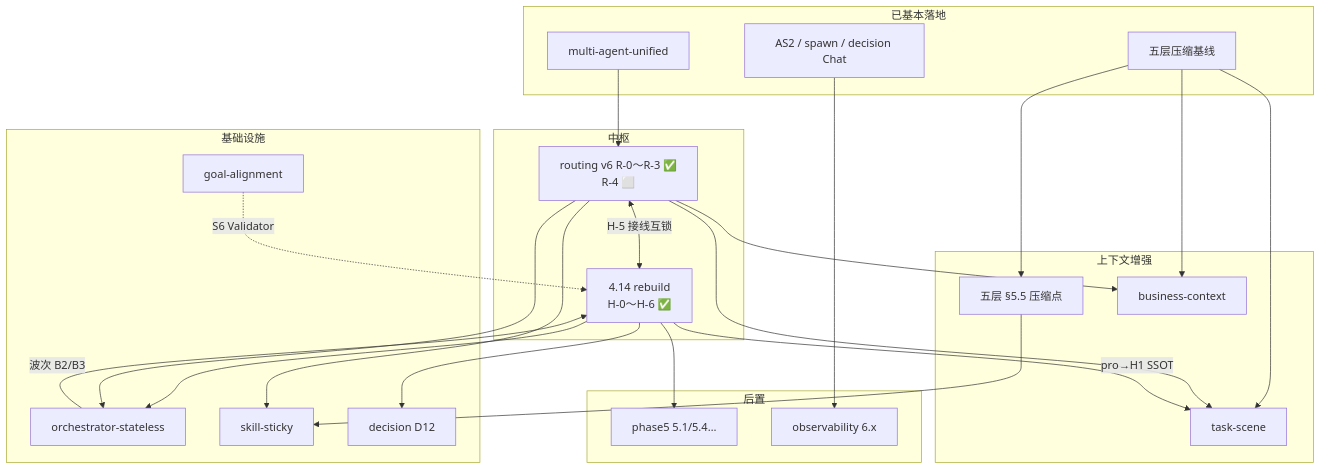
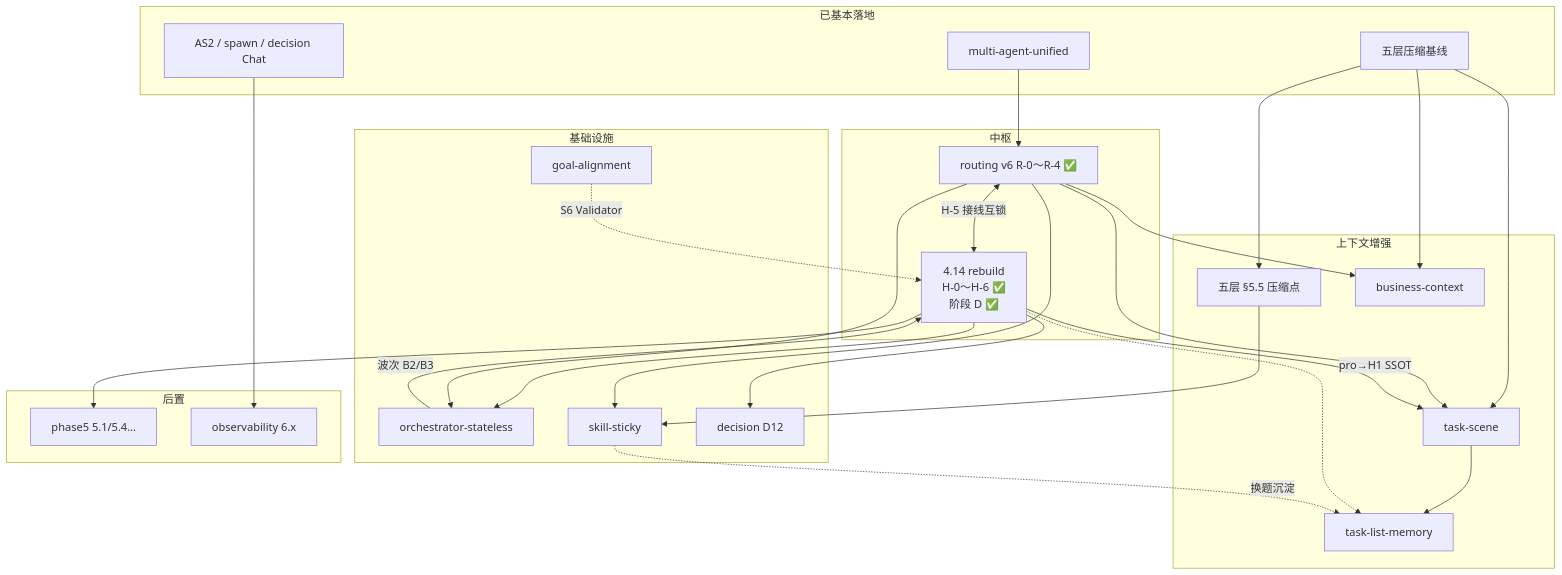
Before and after one commit to searchforsun/my-sunshine-agent: the diagram in docs/superpowers/specs/README.md, drawn with Mermaid. The commit also changed other lines of this file and 109 other files, not shown here.

````diff
--- a/docs/superpowers/specs/README.md
+++ b/docs/superpowers/specs/README.md
@@ -80,49 +80,53 @@
 ```mermaid
 flowchart TB
   subgraph done [已基本落地]
     MA[multi-agent-unified]
     CTX_BASE[五层压缩基线]
     AS2[AS2 / spawn / decision Chat]
   end
 
   subgraph hub [中枢]
-    R[routing v6 R-0～R-3 ✅<br/>R-4 ⬜]
-    PE[4.14 rebuild<br/>H-0～H-6 ✅]
+    R[routing v6 R-0～R-4 ✅]
+    PE[4.14 rebuild<br/>H-0～H-6 ✅<br/>阶段 D ✅]
   end
 
   subgraph ctx [上下文增强]
     CP[五层 §5.5 压缩点]
     TS[task-scene]
     BIZ[business-context]
+    TL[task-list-memory]
   end
 
   subgraph infra [基础设施]
     ST[orchestrator-stateless]
     GA[goal-alignment]
     SK[skill-sticky]
     D12[decision D12]
   end
 
   subgraph later [后置]
     P5[phase5 5.1/5.4…]
     OBS[observability 6.x]
   end
 
   MA --> R
   R <-->|H-5 接线互锁| PE
   CTX_BASE --> CP
   CTX_BASE --> TS
   R --> TS
   PE -->|pro→H1 SSOT| TS
   R --> SK
   CP --> SK
   R --> BIZ
   CTX_BASE --> BIZ
+  TS --> TL
+  PE -.-> TL
+  SK -.->|换题沉淀| TL
   GA -.->|S6 Validator| PE
   PE --> D12
   PE --> ST
   R --> ST
   ST -->|波次 B2/B3| PE
   PE --> P5
   AS2 --> OBS
 ```
````
